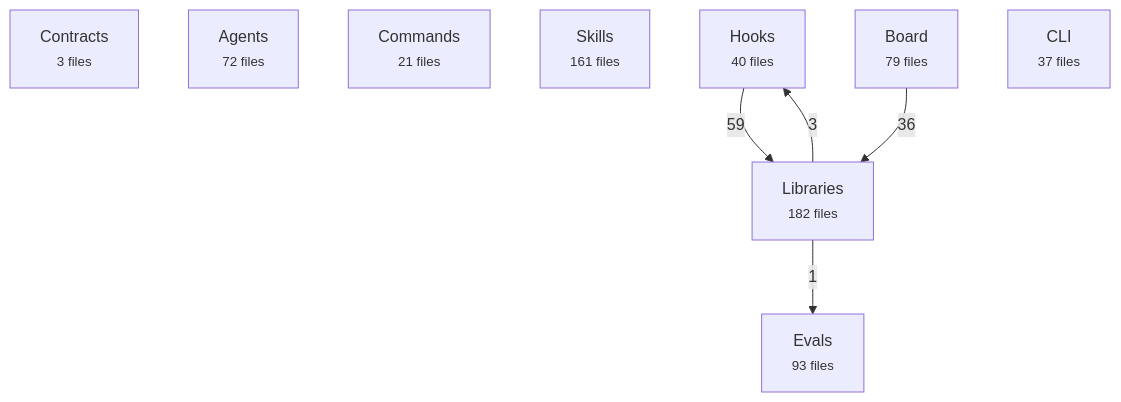
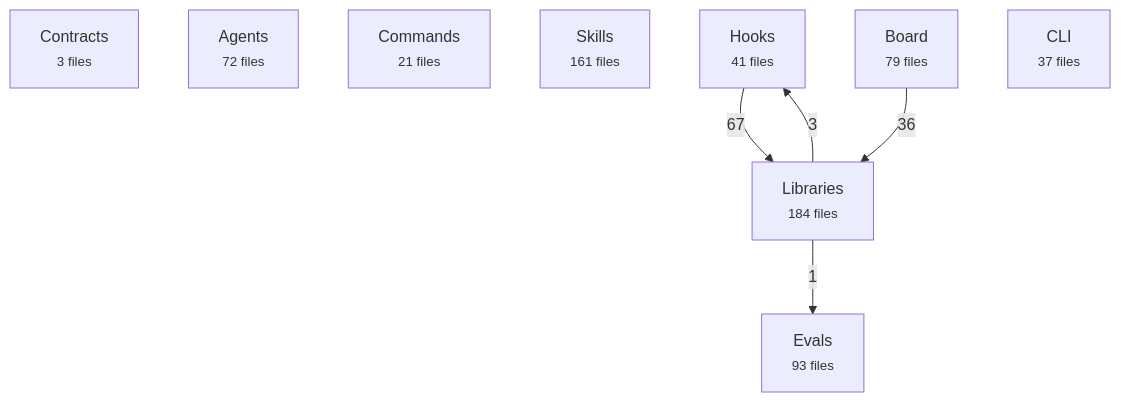
One commit to avelikiy/great_cto changed the first of 2 diagrams in docs/reference/architecture-map.md. Above: the diagram before and after it, drawn with Mermaid. The commit also changed other lines of this file and 15 other files, not shown here.

````diff
--- a/docs/reference/architecture-map.md
+++ b/docs/reference/architecture-map.md
@@ -20,16 +20,16 @@
 ```mermaid
 flowchart TD
   contracts["Contracts<br/><small>3 files</small>"]
   agents["Agents<br/><small>72 files</small>"]
   commands["Commands<br/><small>21 files</small>"]
   skills["Skills<br/><small>161 files</small>"]
-  hooks["Hooks<br/><small>40 files</small>"]
-  libs["Libraries<br/><small>182 files</small>"]
+  hooks["Hooks<br/><small>41 files</small>"]
+  libs["Libraries<br/><small>184 files</small>"]
   board["Board<br/><small>79 files</small>"]
   cli["CLI<br/><small>37 files</small>"]
   evals["Evals<br/><small>93 files</small>"]
-  hooks -->|59| libs
+  hooks -->|67| libs
   board -->|36| libs
   libs -->|3| hooks
   libs -->|1| evals
 ```
````
